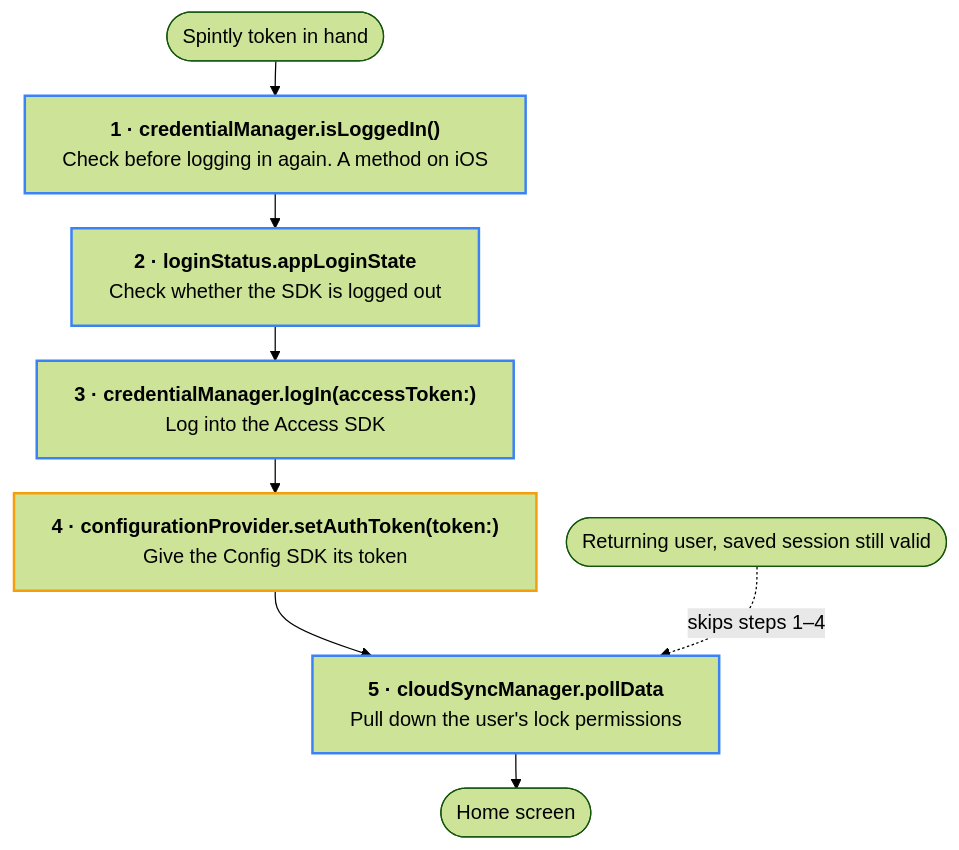
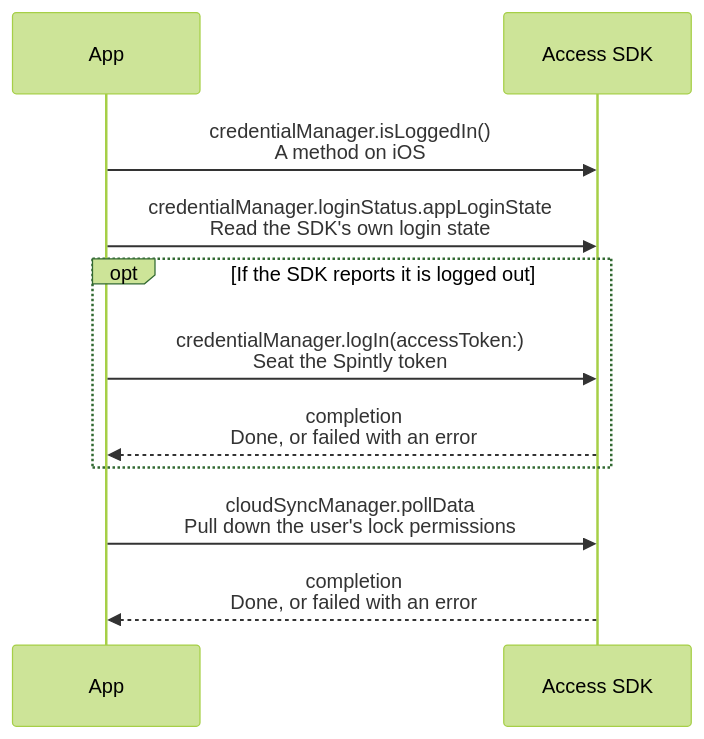
The tenth of 15 diagrams in docs/user-onboarding.md (Yash-Wadatkar-Binaryveda/sdk-docs-site), drawn with Mermaid (forest theme) before and after one commit. The commit also changed other lines of this file and 7 other files, not shown here.

````diff
--- a/docs/user-onboarding.md
+++ b/docs/user-onboarding.md
@@ -188,17 +427,14 @@
     ```mermaid
-    %%{init:{"flowchart":{"wrappingWidth":500,"nodeSpacing":24,"rankSpacing":28}}}%%
-    flowchart TD
-        S(["Spintly token in hand"]) --> N1
-        N1["<b>1 · credentialManager.isLoggedIn()</b><br/>Check before logging in again. A method on iOS"]
-        N1 --> N2["<b>2 · loginStatus.appLoginState</b><br/>Check whether the SDK is logged out"]
-        N2 --> N3["<b>3 · credentialManager.logIn(accessToken:)</b><br/>Log into the Access SDK"]
-        N3 --> N4["<b>4 · configurationProvider.setAuthToken(token:)</b><br/>Give the Config SDK its token"]
-        N4 --> N5["<b>5 · cloudSyncManager.pollData</b><br/>Pull down the user's lock permissions"]
-        N5 --> E(["Home screen"])
-        RU(["Returning user, saved session still valid"]) -.->|"skips steps 1–4"| N5
+    sequenceDiagram
+        participant A as App
+        participant S as Access SDK
 
-        classDef sdkAccess stroke:#3b82f6,stroke-width:2px
-        classDef sdkConfig stroke:#f59e0b,stroke-width:2px
-        class N1,N2,N3,N5 sdkAccess
-        class N4 sdkConfig
+        A->>S: credentialManager.isLoggedIn()<br/>A method on iOS
+        A->>S: credentialManager.loginStatus.appLoginState<br/>Read the SDK's own login state
+        opt If the SDK reports it is logged out
+            A->>S: credentialManager.logIn(accessToken:)<br/>Seat the Spintly token
+            S-->>A: completion<br/>Done, or failed with an error
+        end
+        A->>S: cloudSyncManager.pollData<br/>Pull down the user's lock permissions
+        S-->>A: completion<br/>Done, or failed with an error
     ```
````
